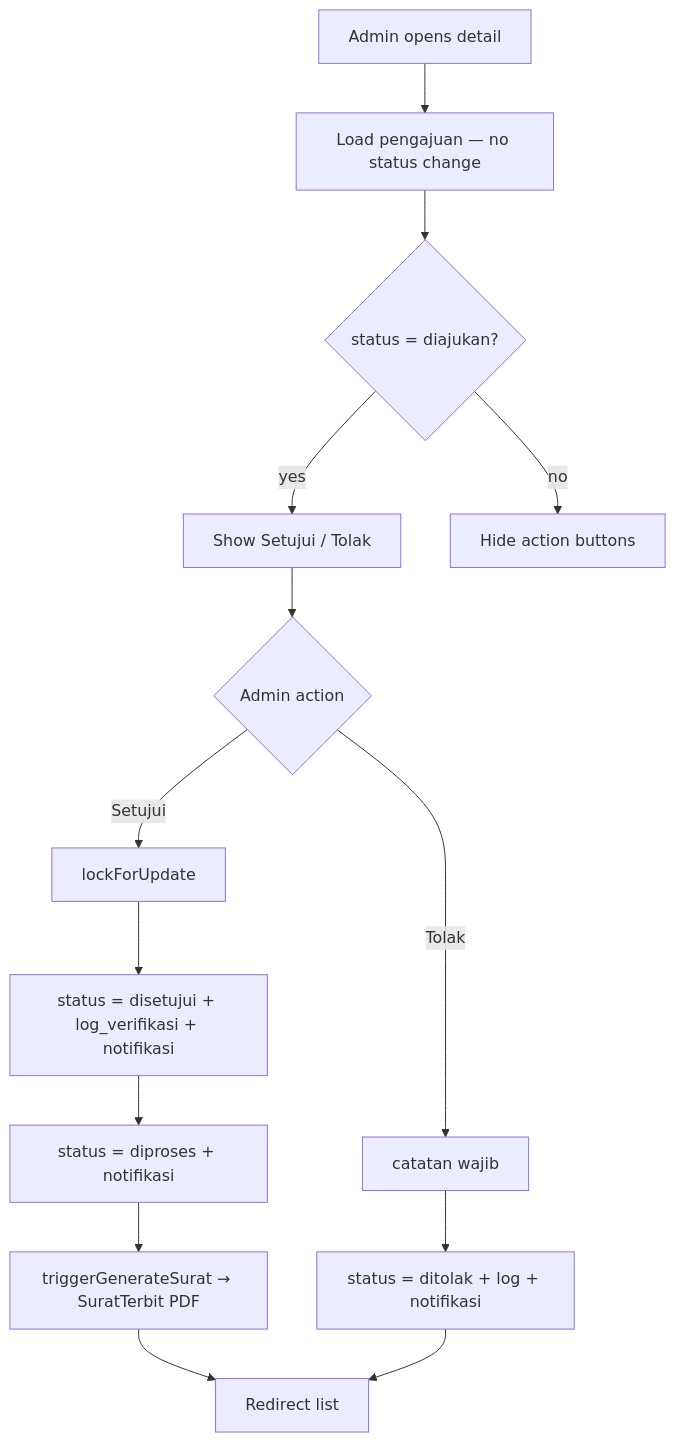
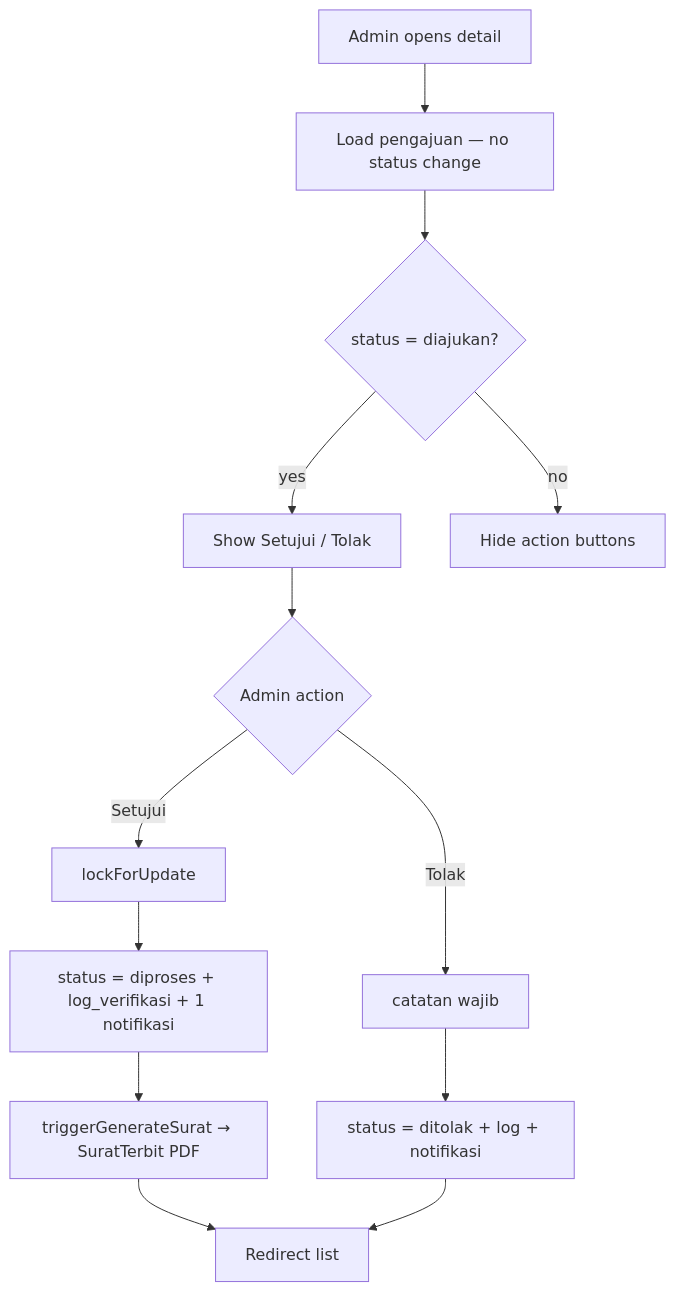
The first of 3 diagrams in docs/dev-docs/features/migrasi-alur-status.md (ZulfikarHD/sistem-desa), drawn with Mermaid before and after one commit. The commit also changed other lines of this file and 29 other files, not shown here.

First line of the commit message:
feat(verifikasi): rename daftar pengajuan dan setujui langsung diproses (US-8.3/8.4)

````diff
--- a/docs/dev-docs/features/migrasi-alur-status.md
+++ b/docs/dev-docs/features/migrasi-alur-status.md
@@ -9,16 +11,15 @@
 ```mermaid
 flowchart TD
     A[Admin opens detail] --> B[Load pengajuan — no status change]
     B --> C{status = diajukan?}
     C -->|yes| D[Show Setujui / Tolak]
     C -->|no| E[Hide action buttons]
     D --> F{Admin action}
     F -->|Setujui| G[lockForUpdate]
-    G --> H[status = disetujui + log_verifikasi + notifikasi]
-    H --> I[status = diproses + notifikasi]
-    I --> J[triggerGenerateSurat → SuratTerbit PDF]
-    J --> K[Redirect list]
-    F -->|Tolak| L[catatan wajib]
-    L --> M[status = ditolak + log + notifikasi]
-    M --> K
+    G --> H[status = diproses + log_verifikasi + 1 notifikasi]
+    H --> I[triggerGenerateSurat → SuratTerbit PDF]
+    I --> J[Redirect list]
+    F -->|Tolak| K[catatan wajib]
+    K --> L[status = ditolak + log + notifikasi]
+    L --> J
 ```
````
